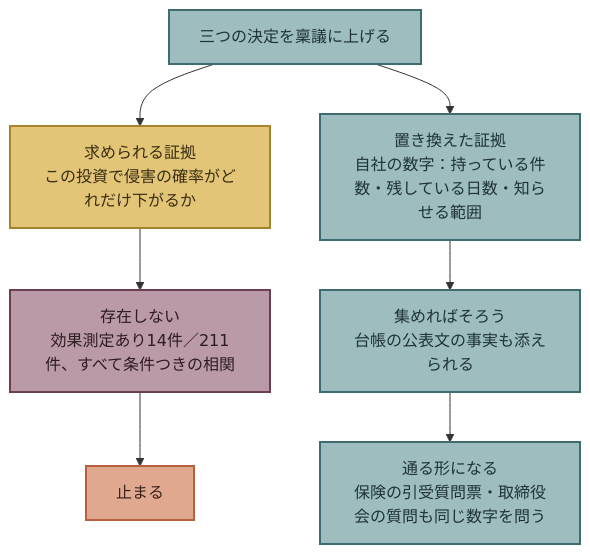
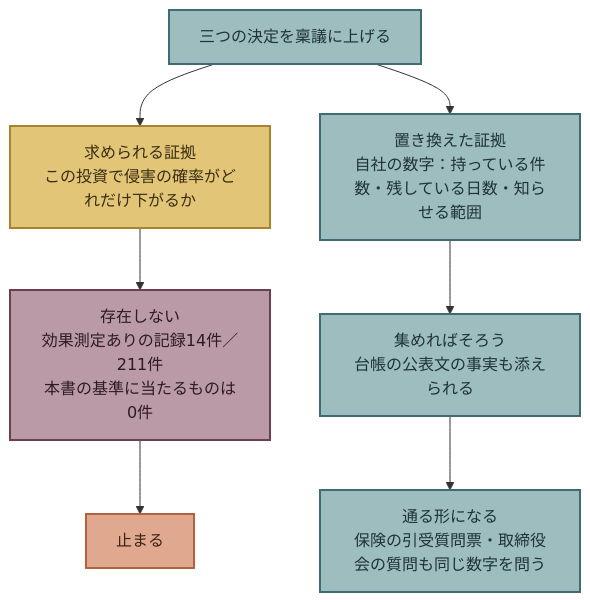
Diagram 15 of 17 in docs/jp/enterprise-security-in-the-ai-era_JP.md (Leading-AI-IO/enterprise-security-in-the-ai-era), drawn with Mermaid before and after one commit. The commit also changed other lines of this file and 6 other files, not shown here.

````diff
--- a/docs/jp/enterprise-security-in-the-ai-era_JP.md
+++ b/docs/jp/enterprise-security-in-the-ai-era_JP.md
@@ -3340,21 +3426,21 @@
 ```mermaid
 flowchart TB
 
     P["三つの決定を稟議に上げる"]
     Q1["求められる証拠<br/>この投資で侵害の確率がどれだけ下がるか"]
-    E1["存在しない<br/>効果測定あり14件／211件、すべて条件つきの相関"]
+    E1["存在しない<br/>効果測定ありの記録14件／211件<br/>本書の基準に当たるものは0件"]
     STOP["止まる"]
     Q2["置き換えた証拠<br/>自社の数字：持っている件数・残している日数・知らせる範囲"]
     E2["集めればそろう<br/>台帳の公表文の事実も添えられる"]
     GO["通る形になる<br/>保険の引受質問票・取締役会の質問も同じ数字を問う"]
     P --> Q1 --> E1 --> STOP
     P --> Q2 --> E2 --> GO
     classDef teal fill:#9DBDBE,stroke:#3F6B73,stroke-width:2px,color:#1F3338
     classDef terra fill:#E0A98F,stroke:#B5613E,stroke-width:2px,color:#3A2218
     classDef mustard fill:#E3C578,stroke:#A8832E,stroke-width:2px,color:#3A2E12
     classDef plum fill:#B99AA6,stroke:#6B3F4F,stroke-width:2px,color:#2E1C23
     class P,Q2,E2,GO teal
     class Q1 mustard
     class E1 plum
     class STOP terra
 ```
````
